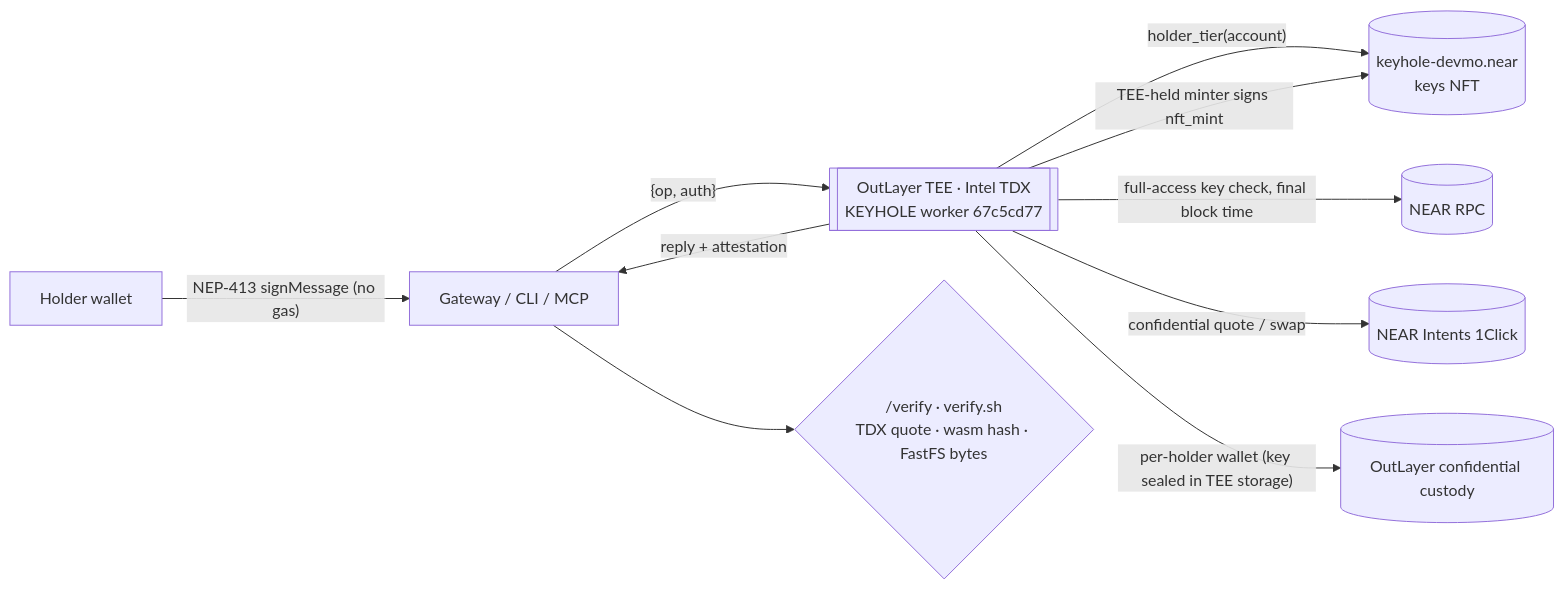
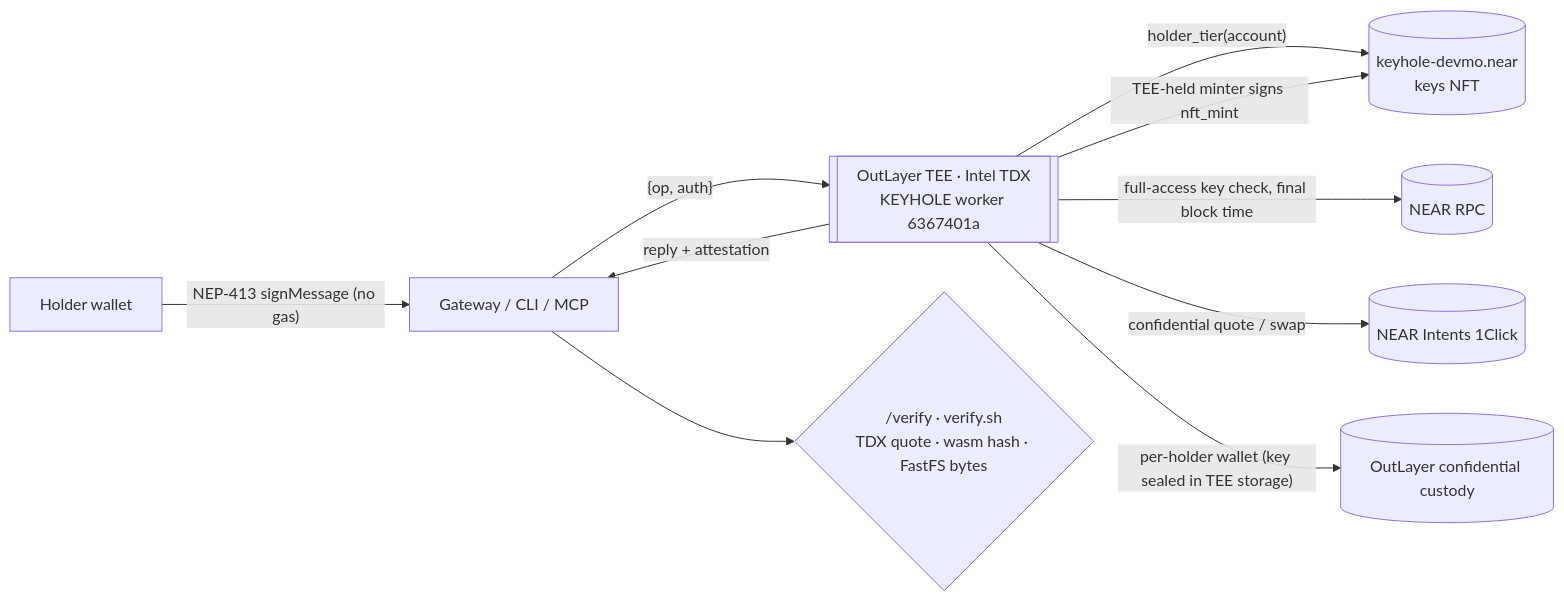
Before and after one commit to mohamedwael201193/keyhole: the first of 2 diagrams in README.md, drawn with Mermaid. The commit also changed other lines of this file and 12 other files, not shown here.

````diff
--- a/README.md
+++ b/README.md
@@ -187,12 +187,12 @@
 ```mermaid
 flowchart LR
   H[Holder wallet] -- "NEP-413 signMessage (no gas)" --> G[Gateway / CLI / MCP]
-  G -- "{op, auth}" --> T[[OutLayer TEE · Intel TDX<br/>KEYHOLE worker 67c5cd77]]
+  G -- "{op, auth}" --> T[[OutLayer TEE · Intel TDX<br/>KEYHOLE worker 6367401a]]
   T -- "holder_tier(account)" --> C[(keyhole-devmo.near<br/>keys NFT)]
   T -- "full-access key check, final block time" --> N[(NEAR RPC)]
   T -- "confidential quote / swap" --> I[(NEAR Intents 1Click)]
   T -- "per-holder wallet (key sealed in TEE storage)" --> W[(OutLayer confidential custody)]
   T -- "TEE-held minter signs nft_mint" --> C
   T -- "reply + attestation" --> G
   G --> V{"/verify · verify.sh<br/>TDX quote · wasm hash · FastFS bytes"}
 ```
````
